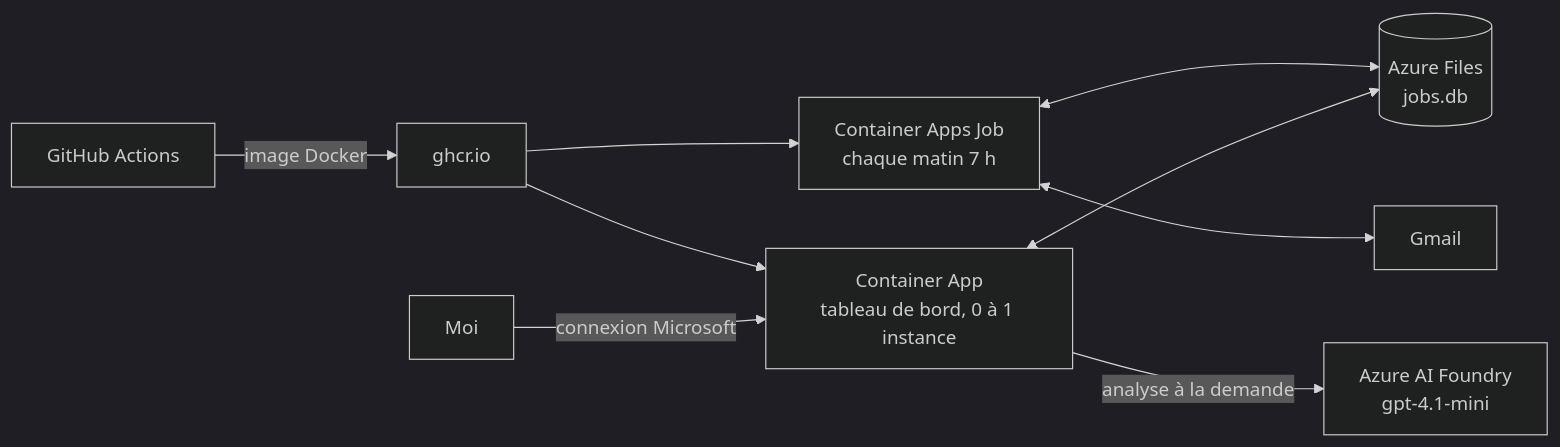
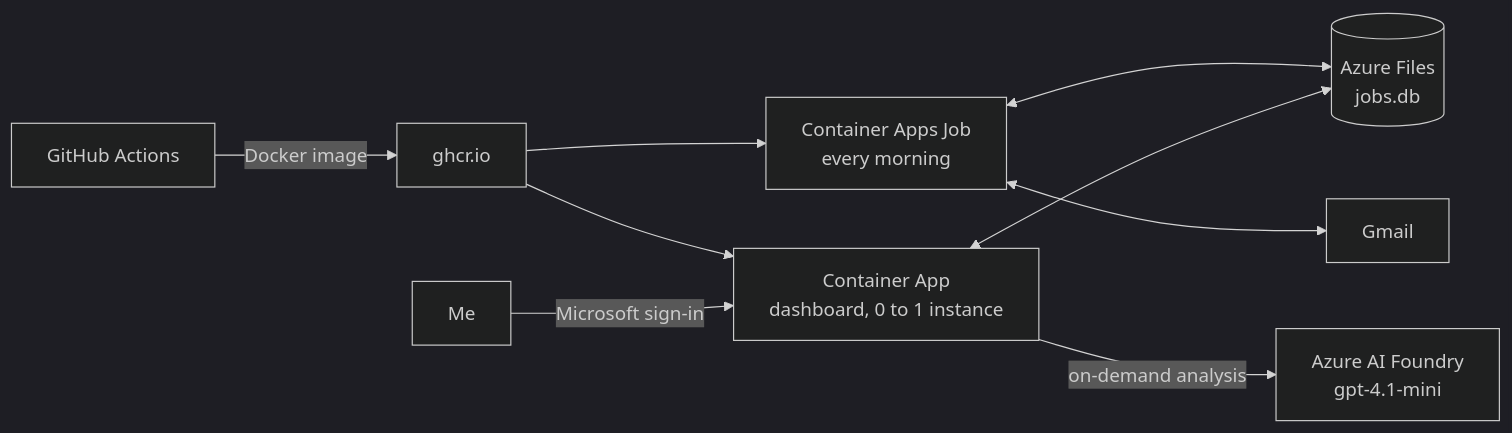
One commit to Mustafalou/Job-Radar changed the second of 2 diagrams in README.md. Above: the diagram before and after it, drawn with Mermaid (dark theme). The commit also changed other lines of this file and 6 other files, not shown here.

````diff
--- a/README.md
+++ b/README.md
@@ -137,11 +149,11 @@
 ```mermaid
 flowchart LR
-    GH[GitHub Actions] -->|image Docker| R[ghcr.io]
-    R --> J[Container Apps Job<br/>chaque matin 7 h]
-    R --> A[Container App<br/>tableau de bord, 0 à 1 instance]
+    GH[GitHub Actions] -->|Docker image| R[ghcr.io]
+    R --> J[Container Apps Job<br/>every morning]
+    R --> A[Container App<br/>dashboard, 0 to 1 instance]
     J <--> F[(Azure Files<br/>jobs.db)]
     A <--> F
     J <--> G[Gmail]
-    U[Moi] -->|connexion Microsoft| A
-    A -->|analyse à la demande| AI[Azure AI Foundry<br/>gpt-4.1-mini]
+    U[Me] -->|Microsoft sign-in| A
+    A -->|on-demand analysis| AI[Azure AI Foundry<br/>gpt-4.1-mini]
 ```
````
